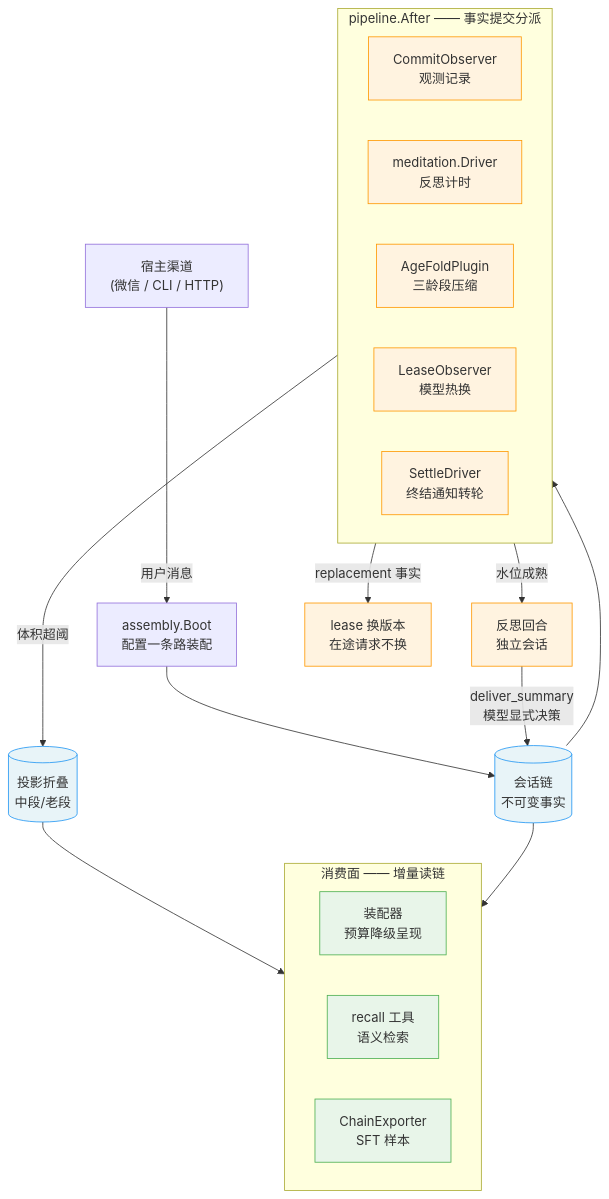
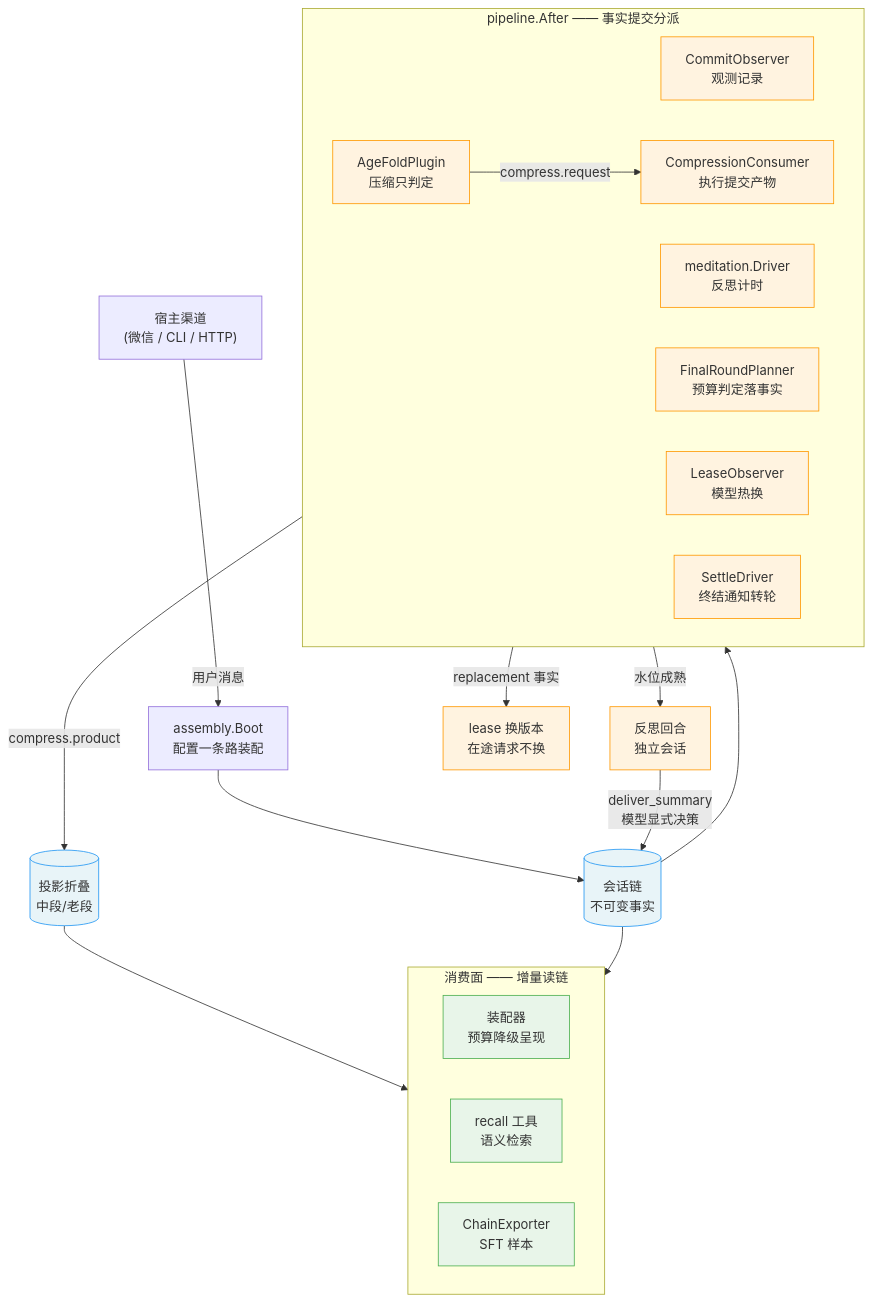
The first of 3 diagrams in README.md (SpellingDragon/tagent), drawn with Mermaid before and after one commit. The commit also changed other lines of this file and 125 other files, not shown here.

````diff
--- a/README.md
+++ b/README.md
@@ -48,36 +48,39 @@
 ```mermaid
 flowchart TB
     UI["宿主渠道<br/>(微信 / CLI / HTTP)"] -->|"用户消息"| BOOT["assembly.Boot<br/>配置一条路装配"]
     BOOT --> CHAIN[("会话链<br/>不可变事实")]
 
     subgraph PIPE["pipeline.After —— 事实提交分派"]
         direction LR
         OBS["CommitObserver<br/>观测记录"]
         MED["meditation.Driver<br/>反思计时"]
-        FOLD["AgeFoldPlugin<br/>三龄段压缩"]
+        FOLD["AgeFoldPlugin<br/>压缩只判定"]
+        CRC["CompressionConsumer<br/>执行提交产物"]
+        FRP["FinalRoundPlanner<br/>预算判定落事实"]
         LEASE["LeaseObserver<br/>模型热换"]
         SETTLE["SettleDriver<br/>终结通知转轮"]
     end
 
     CHAIN --> PIPE
     MED -->|"水位成熟"| REFLECT["反思回合<br/>独立会话"]
     REFLECT -->|"deliver_summary<br/>模型显式决策"| CHAIN
     LEASE -->|"replacement 事实"| SWAP["lease 换版本<br/>在途请求不换"]
-    FOLD -->|"体积超阈"| PROJ[("投影折叠<br/>中段/老段")]
+    FOLD -->|"compress.request"| CRC
+    CRC -->|"compress.product"| PROJ[("投影折叠<br/>中段/老段")]
 
     subgraph READ["消费面 —— 增量读链"]
         direction LR
         ASM["装配器<br/>预算降级呈现"]
         RCL["recall 工具<br/>语义检索"]
         EXP["ChainExporter<br/>SFT 样本"]
     end
     CHAIN --> READ
     PROJ --> ASM
 
     classDef fact fill:#e8f4f8,stroke:#2196f3
     classDef plugin fill:#fff3e0,stroke:#ff9800
     classDef consumer fill:#e8f5e9,stroke:#4caf50
     class CHAIN,PROJ fact
-    class OBS,MED,FOLD,LEASE,SETTLE,REFLECT,SWAP plugin
+    class OBS,MED,FOLD,CRC,FRP,LEASE,SETTLE,REFLECT,SWAP plugin
     class ASM,RCL,EXP consumer
 ```
````
